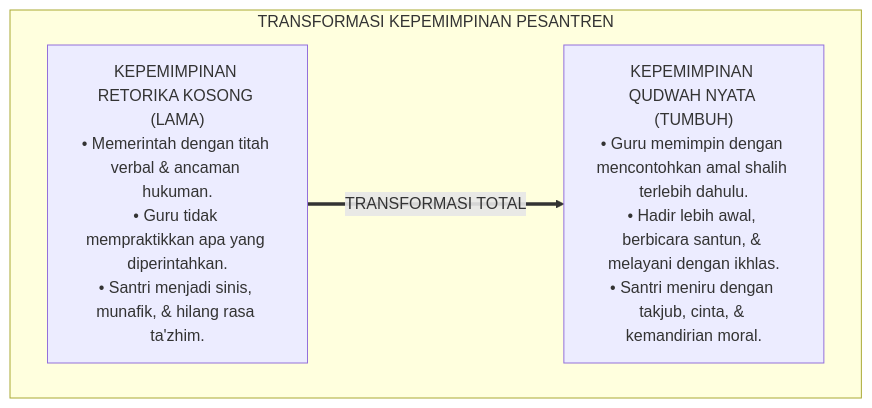
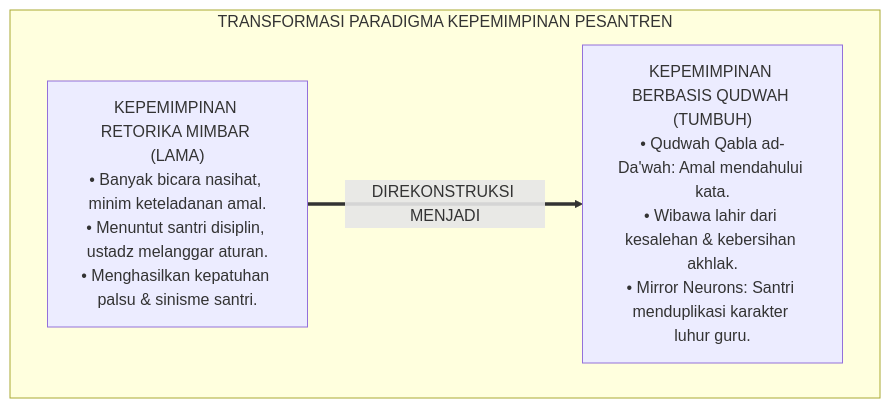
One commit to wandiapriliyandi/tumbuh changed the first of 4 diagrams in 01 Philosophy/05 Leadership/P1-05-01-Falsafah-Kepemimpinan-Berbasis-Qudwah.md. Above: the diagram before and after it, drawn with Mermaid. The commit also changed other lines of this file and 7 other files, not shown here.

````diff
--- a/01 Philosophy/05 Leadership/P1-05-01-Falsafah-Kepemimpinan-Berbasis-Qudwah.md
+++ b/01 Philosophy/05 Leadership/P1-05-01-Falsafah-Kepemimpinan-Berbasis-Qudwah.md
@@ -68,10 +55,10 @@
 ```mermaid
 flowchart TD
-    subgraph TransformasiKepemimpinanQudwah["TRANSFORMASI KEPEMIMPINAN PESANTREN"]
-        Retorika["KEPEMIMPINAN RETORIKA KOSONG (LAMA)<br/>• Memerintah dengan titah verbal & ancaman hukuman.<br/>• Guru tidak mempraktikkan apa yang diperintahkan.<br/>• Santri menjadi sinis, munafik, & hilang rasa ta'zhim."]
+    subgraph TransformasiKepemimpinanQudwah["TRANSFORMASI PARADIGMA KEPEMIMPINAN PESANTREN"]
+        PolaRetorikaLama["KEPEMIMPINAN RETORIKA MIMBAR (LAMA)<br/>• Banyak bicara nasihat, minim keteladanan amal.<br/>• Menuntut santri disiplin, ustadz melanggar aturan.<br/>• Menghasilkan kepatuhan palsu & sinisme santri."]
         
-        Qudwah["KEPEMIMPINAN QUDWAH NYATA (TUMBUH)<br/>• Guru memimpin dengan mencontohkan amal shalih terlebih dahulu.<br/>• Hadir lebih awal, berbicara santun, & melayani dengan ikhlas.<br/>• Santri meniru dengan takjub, cinta, & kemandirian moral."]
+        PolaQudwahTUMBUH["KEPEMIMPINAN BERBASIS QUDWAH (TUMBUH)<br/>• Qudwah Qabla ad-Da'wah: Amal mendahului kata.<br/>• Wibawa lahir dari kesalehan & kebersihan akhlak.<br/>• Mirror Neurons: Santri menduplikasi karakter luhur guru."]
         
-        Retorika ==>|TRANSFORMASI TOTAL| Qudwah
+        PolaRetorikaLama ==>|DIREKONSTRUKSI MENJADI| PolaQudwahTUMBUH
     end
 ```
````
